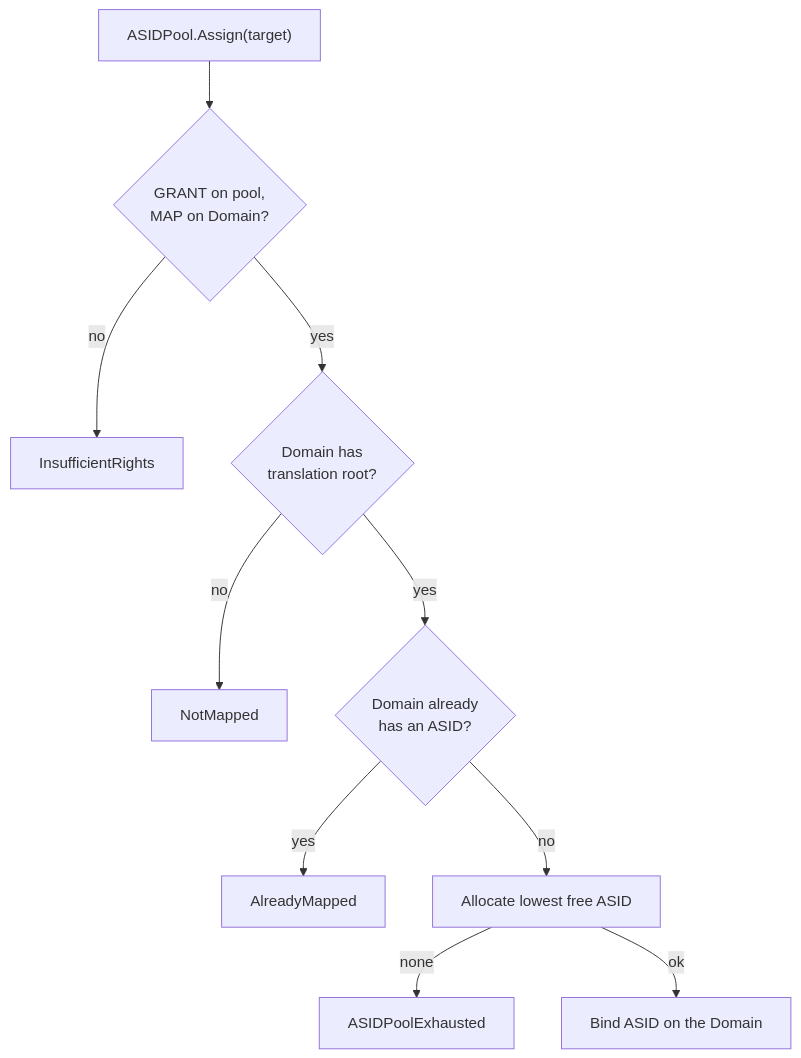
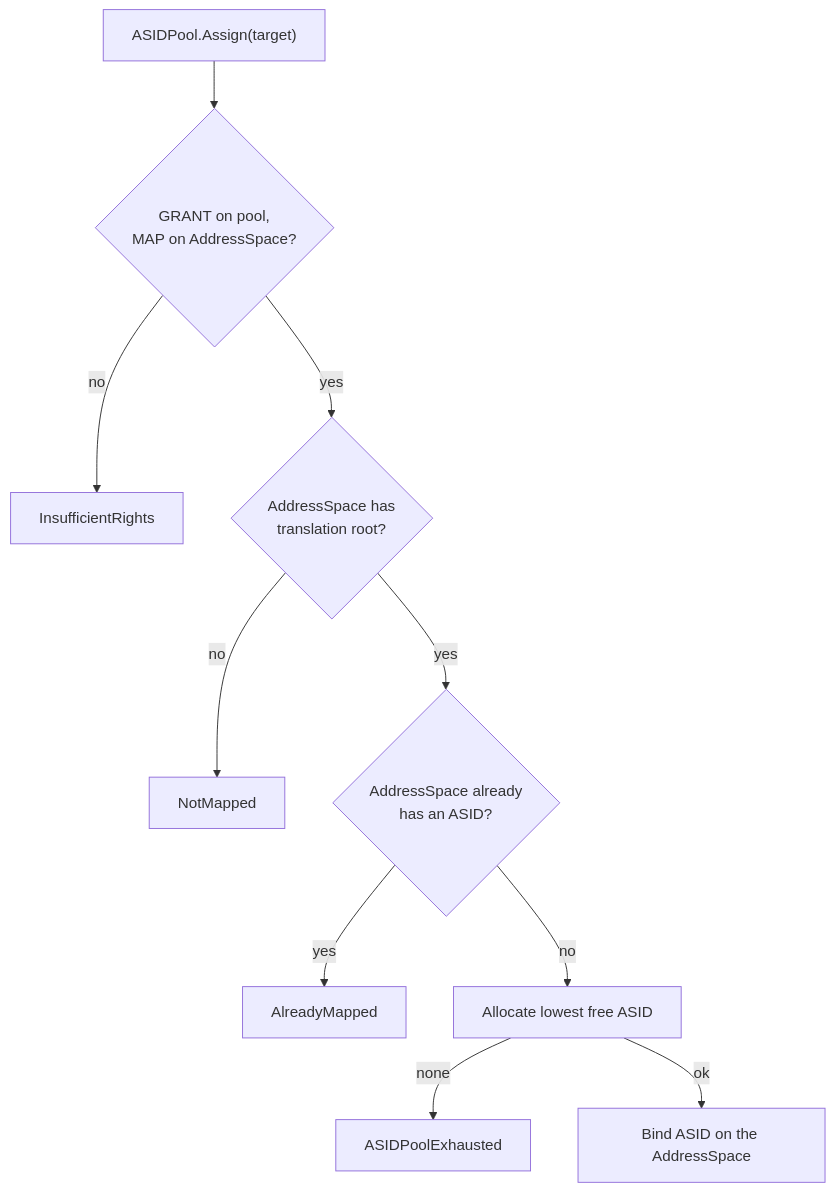
One commit to metta-systems/vesper changed the diagram in doc/object_types/arch/asid_pool.md. Above: the diagram before and after it, drawn with Mermaid. The commit also changed other lines of this file and 67 other files, not shown here.

Commit message:
Split Domain into Thread and AddressSpace

````diff
--- a/doc/object_types/arch/asid_pool.md
+++ b/doc/object_types/arch/asid_pool.md
@@ -31,12 +31,12 @@
 ```mermaid
 flowchart TD
-    A["ASIDPool.Assign(target)"] --> B{"GRANT on pool,<br/>MAP on Domain?"}
+    A["ASIDPool.Assign(target)"] --> B{"GRANT on pool,<br/>MAP on AddressSpace?"}
     B -- "no" --> E1["InsufficientRights"]
-    B -- "yes" --> C{"Domain has<br/>translation root?"}
+    B -- "yes" --> C{"AddressSpace has<br/>translation root?"}
     C -- "no" --> E2["NotMapped"]
-    C -- "yes" --> D{"Domain already<br/>has an ASID?"}
+    C -- "yes" --> D{"AddressSpace already<br/>has an ASID?"}
     D -- "yes" --> E3["AlreadyMapped"]
     D -- "no" --> F["Allocate lowest free ASID"]
     F -- "none" --> E4["ASIDPoolExhausted"]
-    F -- "ok" --> G["Bind ASID on the Domain"]
+    F -- "ok" --> G["Bind ASID on the AddressSpace"]
 ```
````
